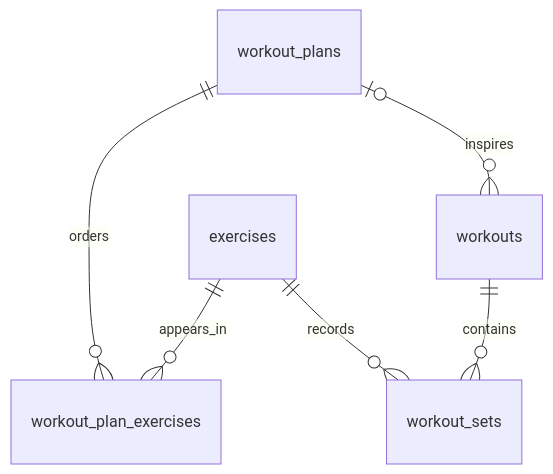
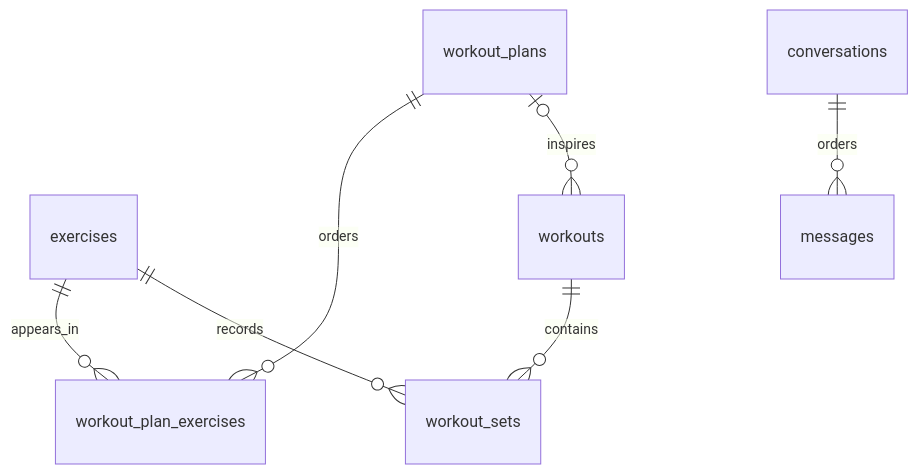
Before and after one commit to Unquery/Ai-Gym-Coach-Agent: the diagram in docs/DATABASE.md, drawn with Mermaid. The commit also changed other lines of this file and 7 other files, not shown here.

````diff
--- a/docs/DATABASE.md
+++ b/docs/DATABASE.md
@@ -9,8 +9,9 @@
 ```mermaid
 erDiagram
     exercises ||--o{ workout_plan_exercises : appears_in
     workout_plans ||--o{ workout_plan_exercises : orders
     workout_plans o|--o{ workouts : inspires
     workouts ||--o{ workout_sets : contains
     exercises ||--o{ workout_sets : records
+    conversations ||--o{ messages : orders
 ```
````
